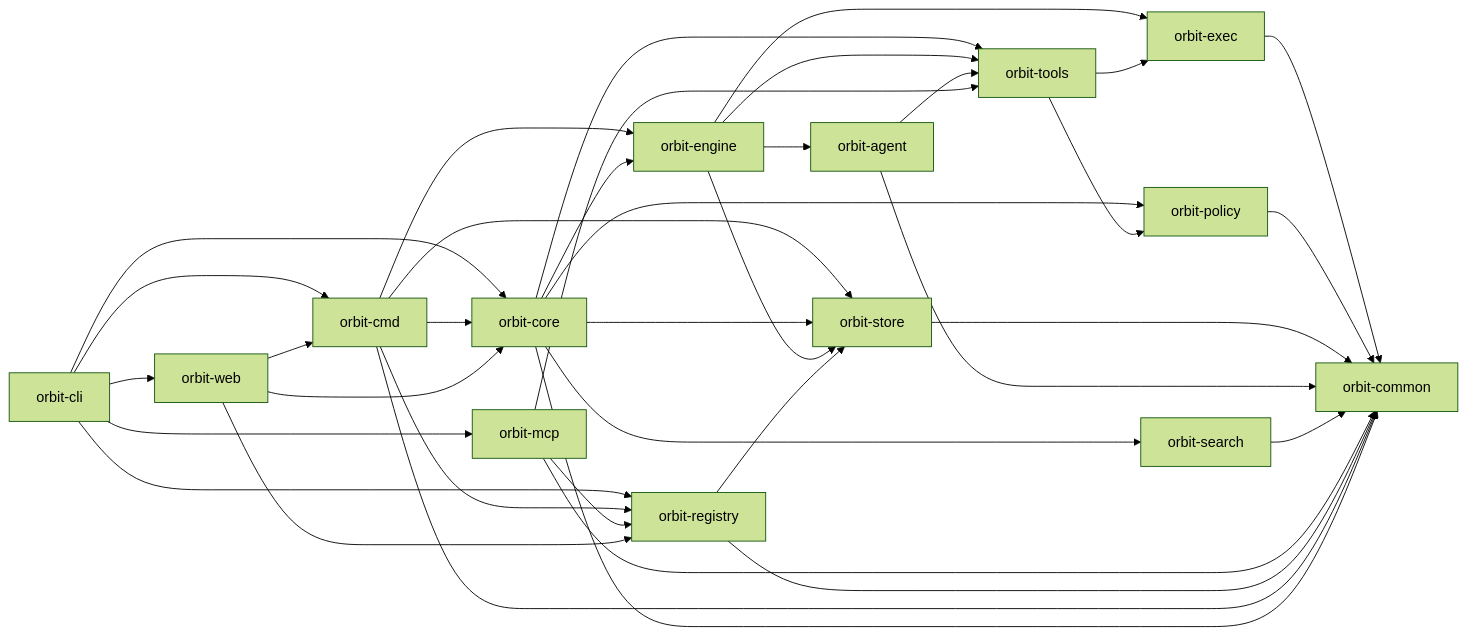
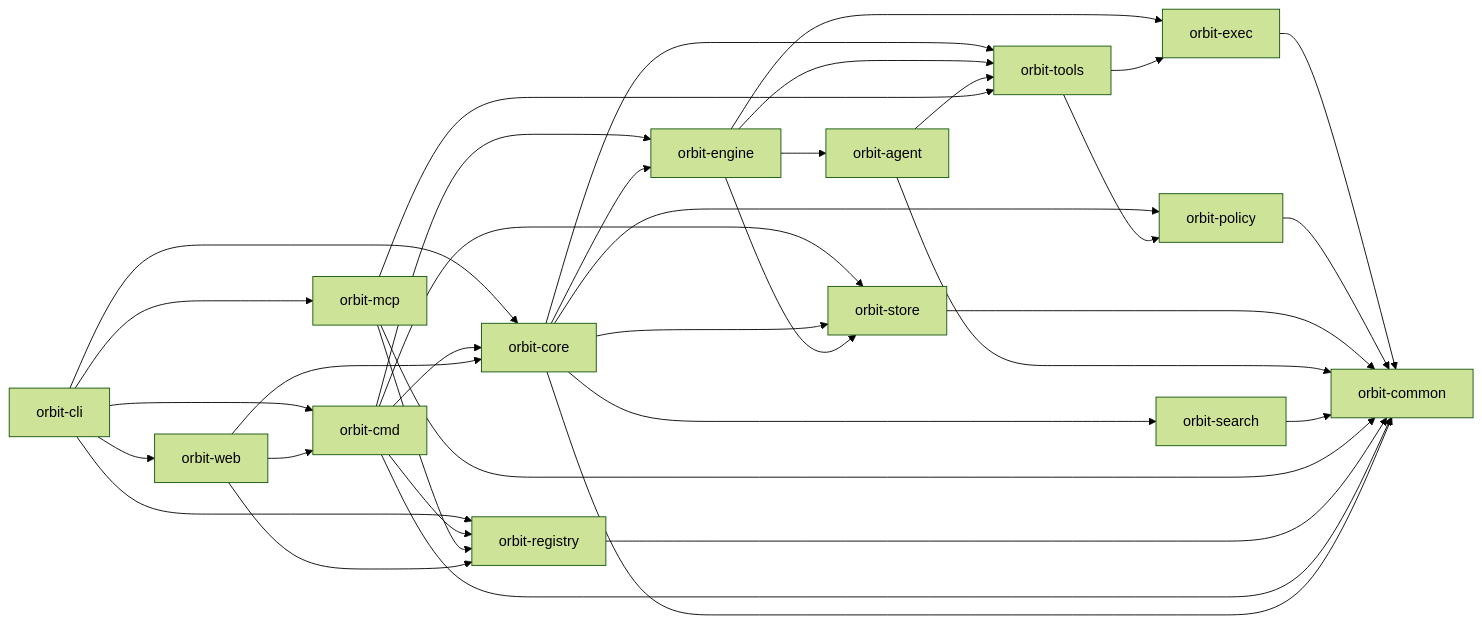
Before and after one commit to danieljhkim/orbit: the diagram in ARCHITECTURE.md, drawn with Mermaid (forest theme). The commit also changed other lines of this file and 158 other files, not shown here.

````diff
--- a/ARCHITECTURE.md
+++ b/ARCHITECTURE.md
@@ -5,39 +5,38 @@
 ```mermaid
 flowchart LR
   CLI["orbit-cli"] --> Core["orbit-core"]
   CLI --> Cmd["orbit-cmd"]
   CLI --> Registry["orbit-registry"]
   CLI --> MCP["orbit-mcp"]
   CLI --> Web["orbit-web"]
   Cmd --> Core
   Cmd --> Engine
   Cmd --> Registry
   Cmd --> Store
   Core --> Engine["orbit-engine"]
   Core --> Store["orbit-store"]
   Core --> Tools["orbit-tools"]
   Core --> Search["orbit-search"]
   Core --> Policy["orbit-policy"]
   Engine --> Agent["orbit-agent"]
   Engine --> Store
   Engine --> Exec["orbit-exec"]
   Engine --> Tools
   Agent --> Tools
   Tools --> Exec["orbit-exec"]
   Tools --> Policy
   Exec --> Common["orbit-common"]
   Policy --> Common
   Store --> Common
   Agent --> Common
   Search --> Common
   MCP --> Common
   MCP --> Registry
   MCP --> Tools
-  Registry --> Store
   Registry --> Common
   Web --> Core
   Web --> Cmd
   Web --> Registry
   Cmd --> Common
   Core --> Common
 ```
````
